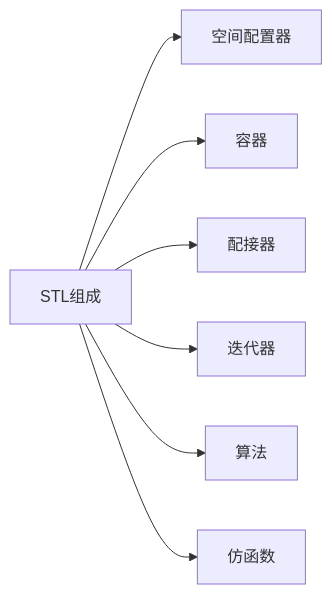
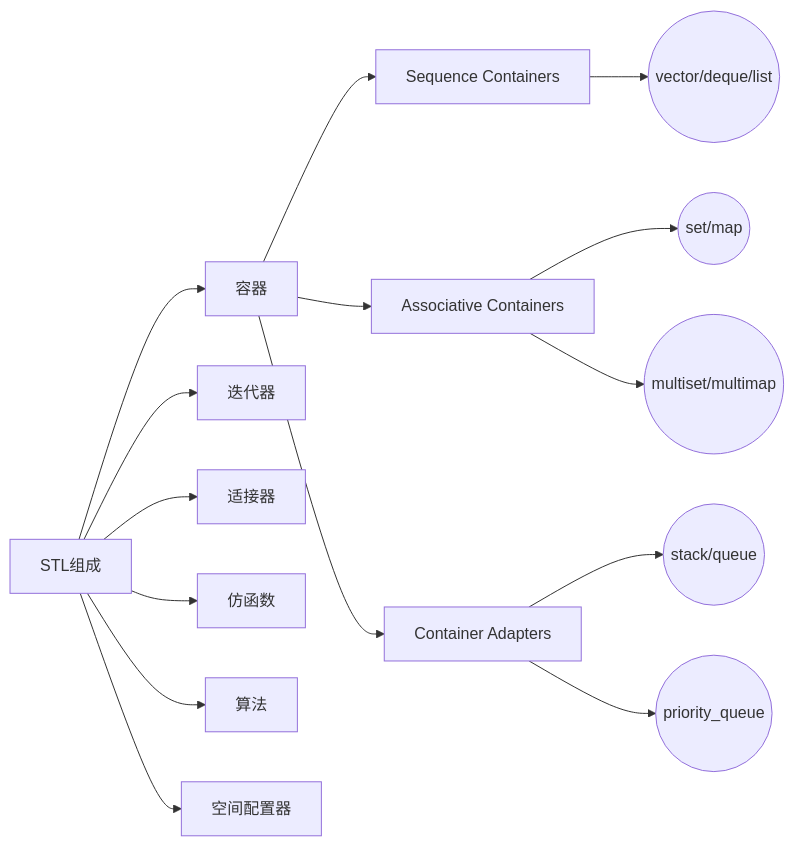
Before and after one commit to xiaogithubooo/LimouLearnNote: the diagram in Cpp_Programming_Language_And_DSA_Note/Cpp编程语言和高阶DSA和STL/初阶语法/008+limou+2023_08_04+C++STL模板库.md, drawn with Mermaid. The commit also changed other lines of this file and 3 other files, not shown here.

````diff
--- a/Cpp_Programming_Language_And_DSA_Note/Cpp编程语言和高阶DSA和STL/初阶语法/008+limou+2023_08_04+C++STL模板库.md
+++ b/Cpp_Programming_Language_And_DSA_Note/Cpp编程语言和高阶DSA和STL/初阶语法/008+limou+2023_08_04+C++STL模板库.md
@@ -27,10 +27,21 @@
 ```mermaid
 graph LR
-    A["STL组成"] 
-    A --> B["空间配置器"] 
-    A --> C["容器"]
-    A --> D["配接器"]
-    A --> E["迭代器"]
-    A --> F["算法"]
-    A --> G["仿函数"]
+A["STL组成"] 
+A --> B["容器"] 
+A --> C["迭代器"]
+A --> D["适接器"]
+A --> E["仿函数"]
+A --> F["算法"]
+A --> G["空间配置器"]
+
+B --> Sequence_Containers[Sequence Containers]
+Sequence_Containers --> vector((vector/deque/list))
+
+B --> Associative_Containers[Associative Containers]
+Associative_Containers --> set((set/map))
+Associative_Containers --> multiset((multiset/multimap))
+
+B --> Container_Adapters[Container Adapters]
+Container_Adapters --> K((stack/queue))
+Container_Adapters --> M((priority_queue))
 ```
````
